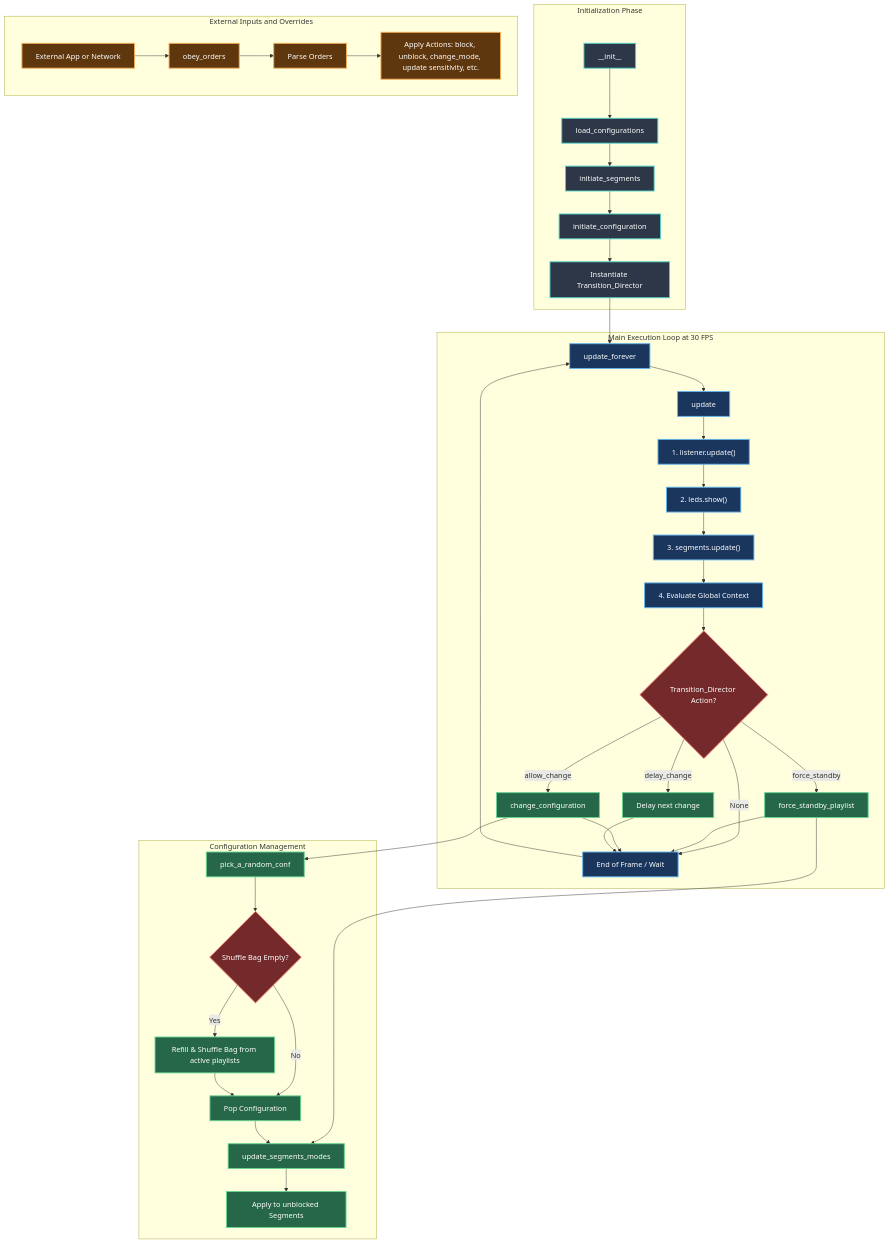
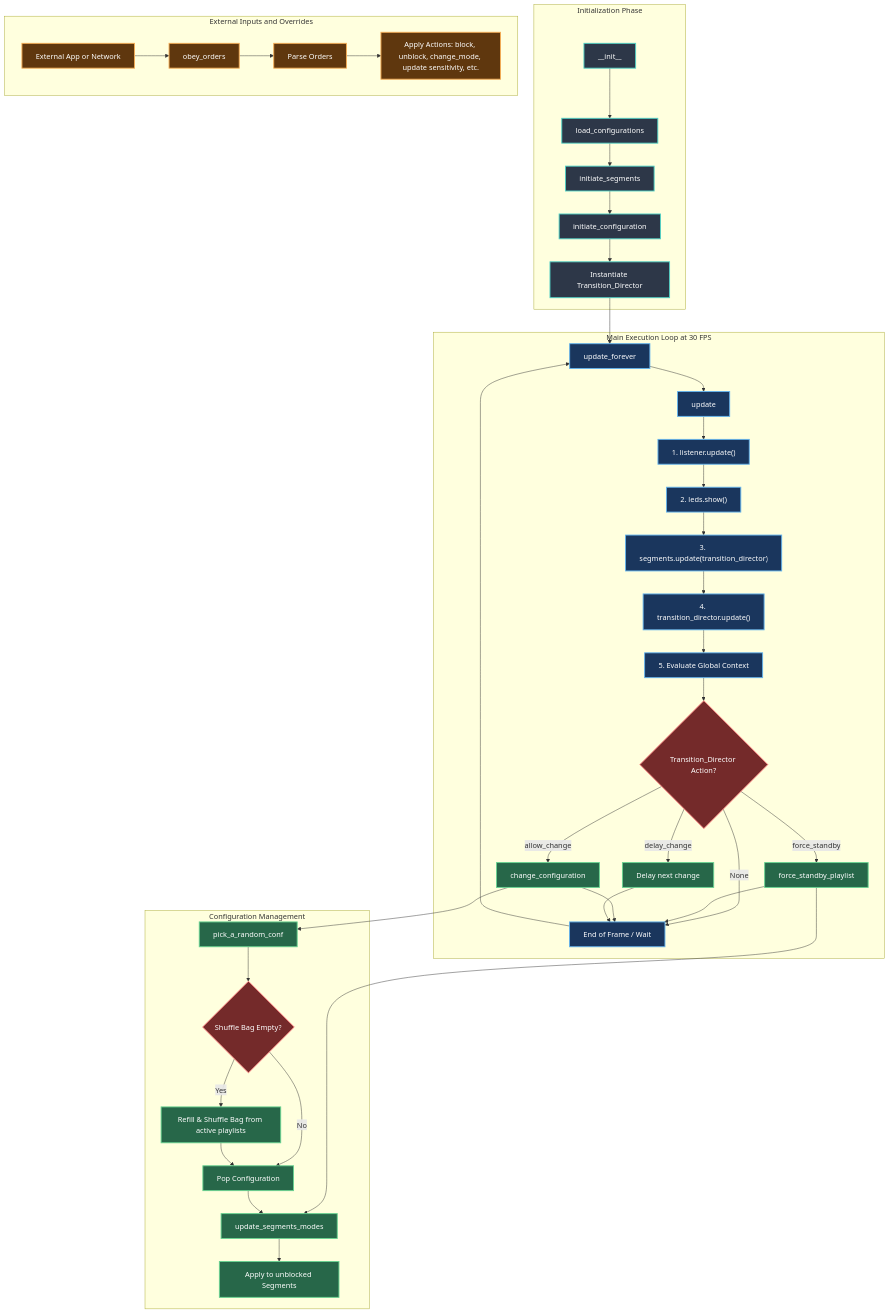
One commit to LucRobey/vialactee changed the diagram in core/mode_master.md. Above: the diagram before and after it, drawn with Mermaid. The commit also changed other lines of this file and 7 other files, not shown here.

```diff
--- a/core/mode_master.md
+++ b/core/mode_master.md
@@ -30,8 +30,9 @@
         G[update]:::loop
         H["1. listener.update()"]:::loop
         I["2. leds.show()"]:::loop
-        J["3. segments.update()"]:::loop
-        K["4. Evaluate Global Context"]:::loop
+        J["3. segments.update(transition_director)"]:::loop
+        K["4. transition_director.update()"]:::loop
+        K2["5. Evaluate Global Context"]:::loop
         L{"Transition_Director Action?"}:::decision
         M[force_standby_playlist]:::action
         N[change_configuration]:::action
@@ -43,7 +44,8 @@
         H --> I
         I --> J
         J --> K
-        K --> L
+        K --> K2
+        K2 --> L
         
         L -->|force_standby| M
         L -->|allow_change| N
```
